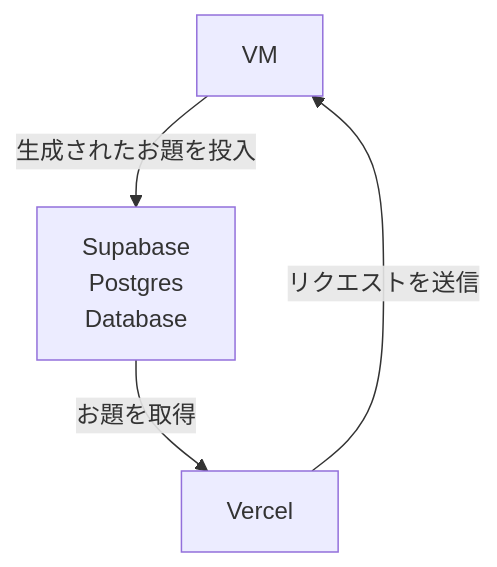
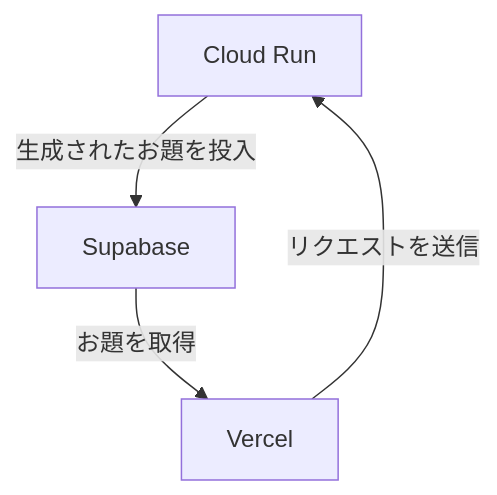
Before and after one commit to Tanaka-Junsei/ogirin: the diagram in README.md, drawn with Mermaid. The commit also changed other lines of this file and 1 other file, not shown here.

````diff
--- a/README.md
+++ b/README.md
@@ -14,10 +14,10 @@
 ```mermaid
 
 flowchart TB
-  node_1["VM"]
-  node_2["Supabase\nPostgres\nDatabase"]
+  node_1["Cloud Run"]
+  node_2["Supabase"]
   node_3["Vercel"]
   node_1 --"生成されたお題を投入"--> node_2
   node_2 --"お題を取得"--> node_3
   node_3 --"リクエストを送信"--> node_1
 ```
````
